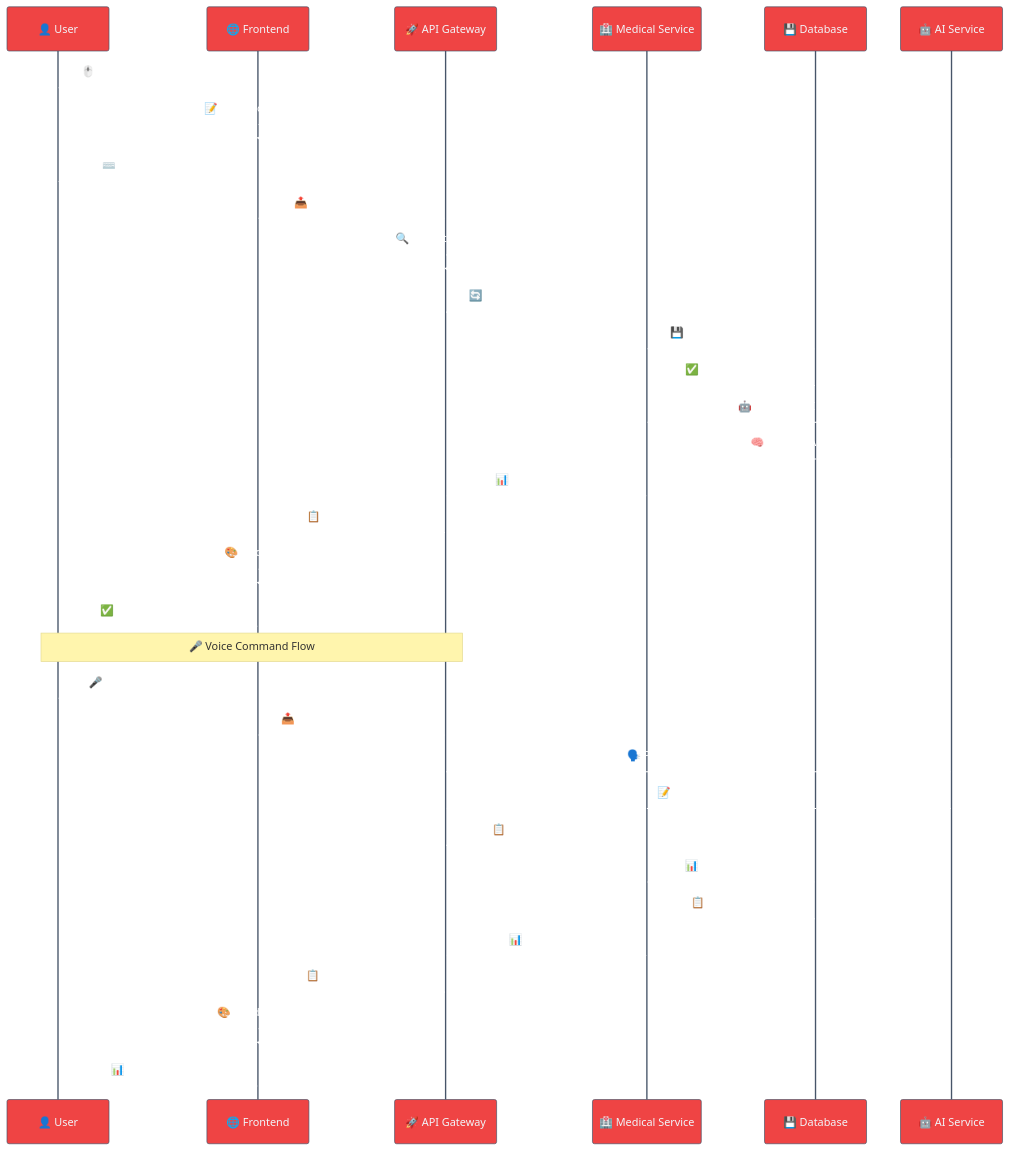
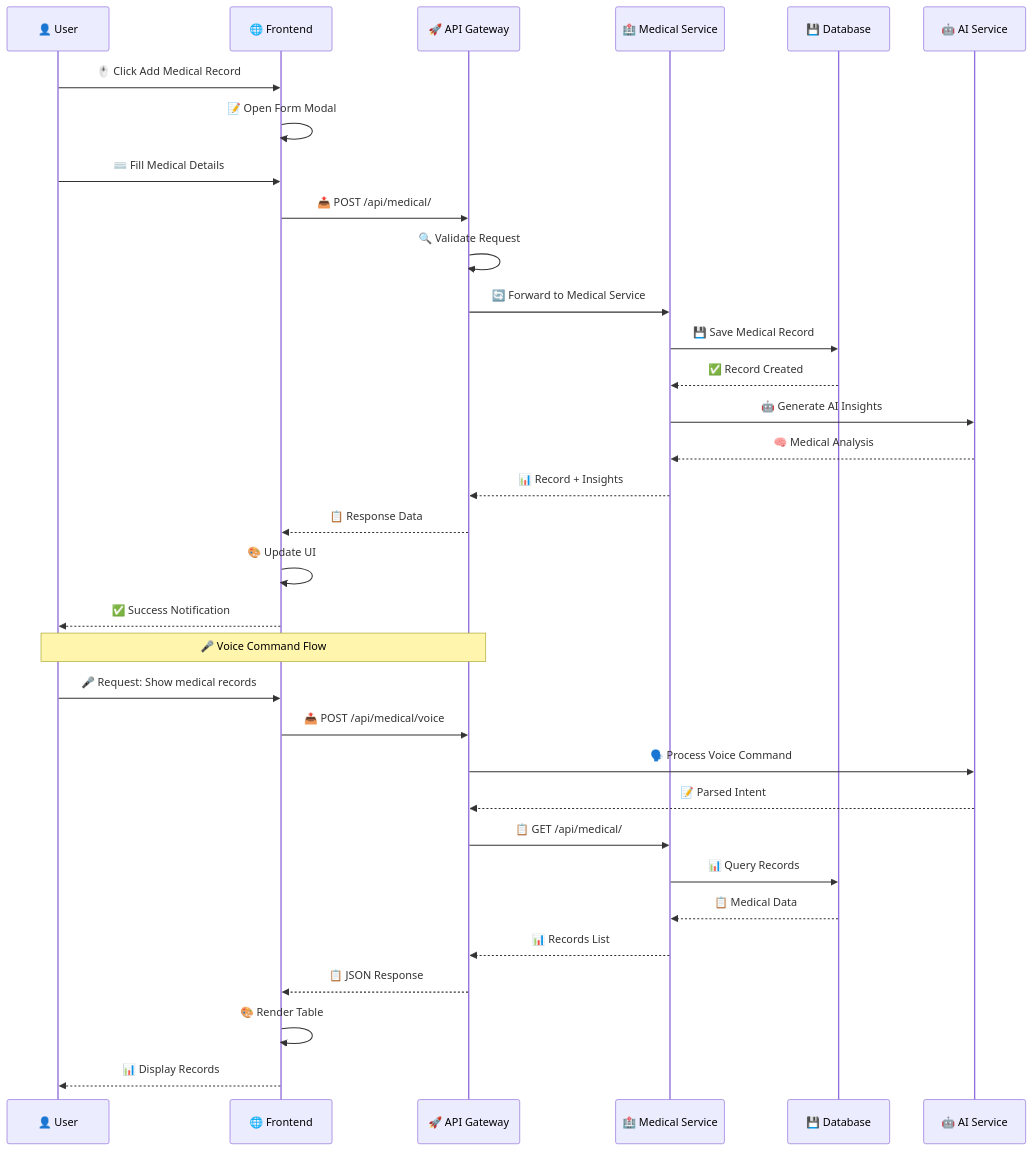
One commit to AARVAK-VSET/campus-flow changed the third of 10 diagrams in README.md. Above: the diagram before and after it, drawn with Mermaid. The commit also changed other lines of this file, not shown here.

Commit message:
fix(docs): format mermaid diagrams for GitHub markdown rendering compatibility

````diff
--- a/README.md
+++ b/README.md
@@ -168,53 +120,39 @@
 ```mermaid
-%%{init: {
-  'theme': 'base',
-  'themeVariables': {
-    'primaryColor': '#ef4444',
-    'primaryTextColor': '#ffffff',
-    'primaryBorderColor': '#dc2626',
-    'lineColor': '#06b6d4',
-    'actorBkgColor': '#1e293b',
-    'actorBorder': '#475569',
-    'actorTextColor': '#f1f5f9',
-    'activationBkgColor': '#ef4444',
-    'activationBorderColor': '#dc2626'
-  }
-}}%%
 sequenceDiagram
     participant U as 👤 User
     participant F as 🌐 Frontend
     participant A as 🚀 API Gateway
     participant M as 🏥 Medical Service
     participant D as 💾 Database
     participant AI as 🤖 AI Service
     
-    U->>F: 🖱️ Click "Add Medical Record"
+    U->>F: 🖱️ Click Add Medical Record
     F->>F: 📝 Open Form Modal
     U->>F: ⌨️ Fill Medical Details
     F->>A: 📤 POST /api/medical/
     
     A->>A: 🔍 Validate Request
     A->>M: 🔄 Forward to Medical Service
     
     M->>D: 💾 Save Medical Record
     D-->>M: ✅ Record Created
     M->>AI: 🤖 Generate AI Insights
     AI-->>M: 🧠 Medical Analysis
     M-->>A: 📊 Record + Insights
     A-->>F: 📋 Response Data
     F->>F: 🎨 Update UI
     F-->>U: ✅ Success Notification
     
     Note over U,A: 🎤 Voice Command Flow
-    U->>F: 🎤 "Show medical records"
+    U->>F: 🎤 Request: Show medical records
     F->>A: 📤 POST /api/medical/voice
     A->>AI: 🗣️ Process Voice Command
     AI-->>A: 📝 Parsed Intent
     A->>M: 📋 GET /api/medical/
     M->>D: 📊 Query Records
     D-->>M: 📋 Medical Data
     M-->>A: 📊 Records List
     A-->>F: 📋 JSON Response
     F->>F: 🎨 Render Table
     F-->>U: 📊 Display Records
 ```
````
